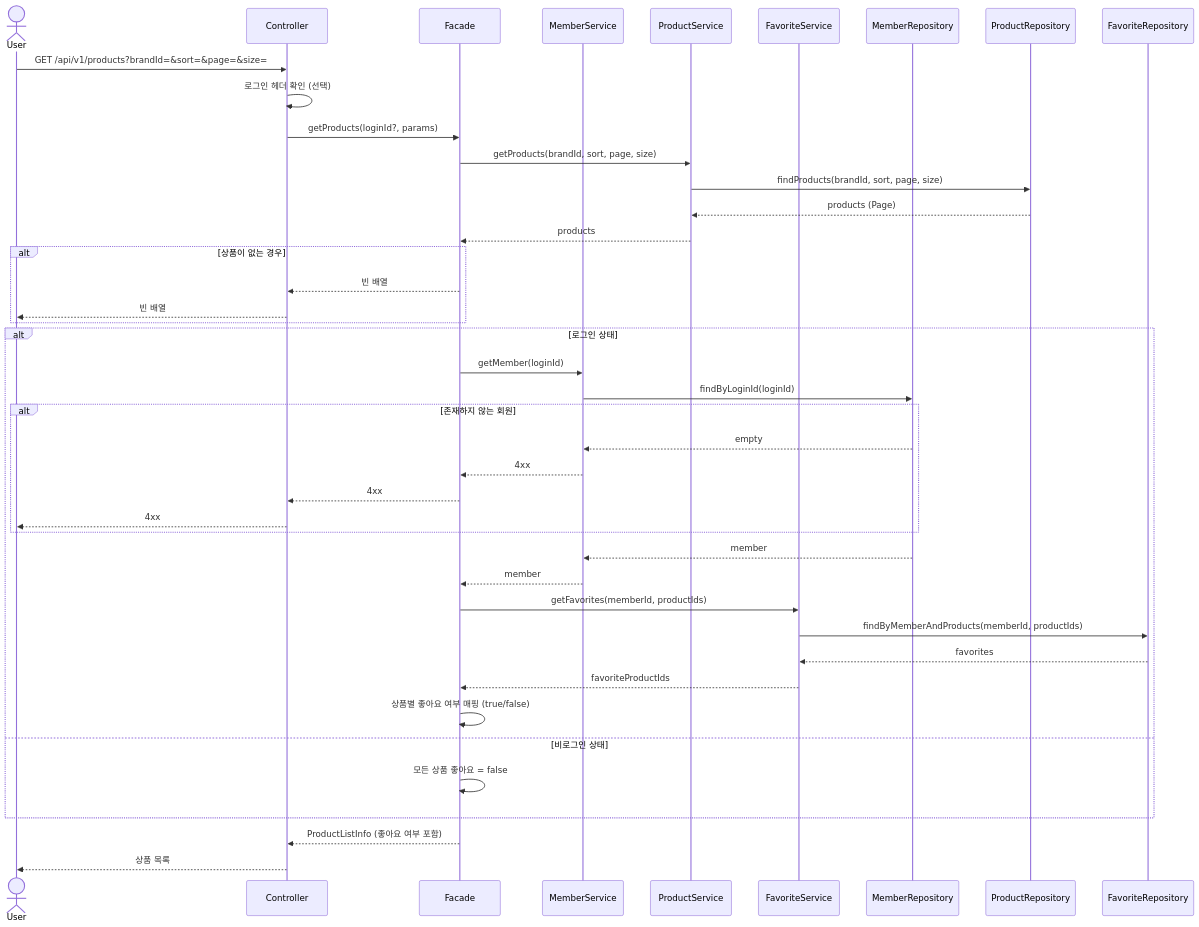
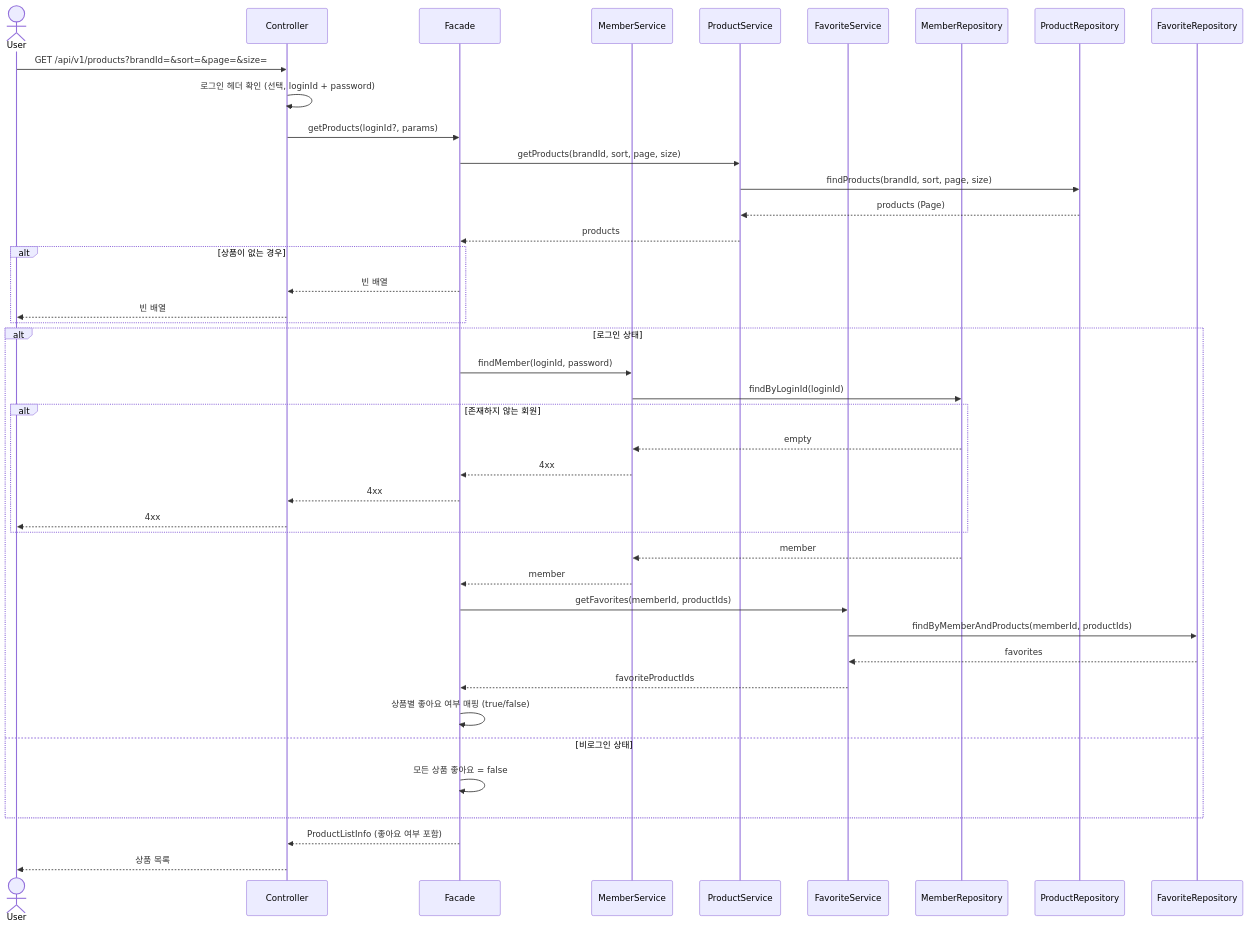
One commit to Loopers-dev-lab/loop-pack-be-l2-vol3-java changed the first of 21 diagrams in docs/design/02-sequence-diagrams.md. Above: the diagram before and after it, drawn with Mermaid. The commit also changed other lines of this file and 2 other files, not shown here.

````diff
--- a/docs/design/02-sequence-diagrams.md
+++ b/docs/design/02-sequence-diagrams.md
@@ -39,50 +39,50 @@
 ```mermaid
 sequenceDiagram
     actor User
     participant Controller
     participant Facade
     participant MemberService
     participant ProductService
     participant FavoriteService
     participant MemberRepository
     participant ProductRepository
     participant FavoriteRepository
 
     User->>Controller: GET /api/v1/products?brandId=&sort=&page=&size=
-    Controller->>Controller: 로그인 헤더 확인 (선택)
+    Controller->>Controller: 로그인 헤더 확인 (선택, loginId + password)
 
     Controller->>Facade: getProducts(loginId?, params)
     Facade->>ProductService: getProducts(brandId, sort, page, size)
     ProductService->>ProductRepository: findProducts(brandId, sort, page, size)
     ProductRepository-->>ProductService: products (Page)
     ProductService-->>Facade: products
 
     alt 상품이 없는 경우
         Facade-->>Controller: 빈 배열
         Controller-->>User: 빈 배열
     end
 
     alt 로그인 상태
-        Facade->>MemberService: getMember(loginId)
+        Facade->>MemberService: findMember(loginId, password)
         MemberService->>MemberRepository: findByLoginId(loginId)
         alt 존재하지 않는 회원
             MemberRepository-->>MemberService: empty
             MemberService-->>Facade: 4xx
             Facade-->>Controller: 4xx
             Controller-->>User: 4xx
         end
         MemberRepository-->>MemberService: member
         MemberService-->>Facade: member
 
         Facade->>FavoriteService: getFavorites(memberId, productIds)
         FavoriteService->>FavoriteRepository: findByMemberAndProducts(memberId, productIds)
         FavoriteRepository-->>FavoriteService: favorites
         FavoriteService-->>Facade: favoriteProductIds
         Facade->>Facade: 상품별 좋아요 여부 매핑 (true/false)
     else 비로그인 상태
         Facade->>Facade: 모든 상품 좋아요 = false
     end
 
     Facade-->>Controller: ProductListInfo (좋아요 여부 포함)
     Controller-->>User: 상품 목록
 ```
````
